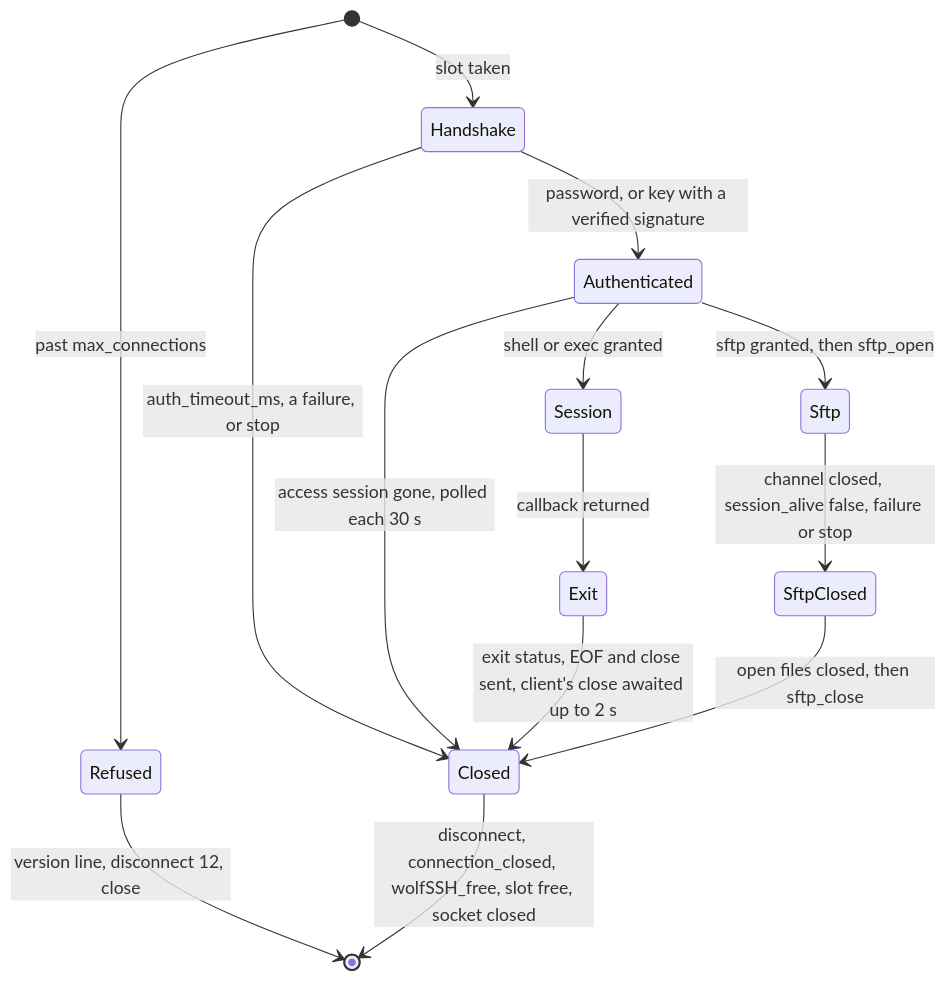
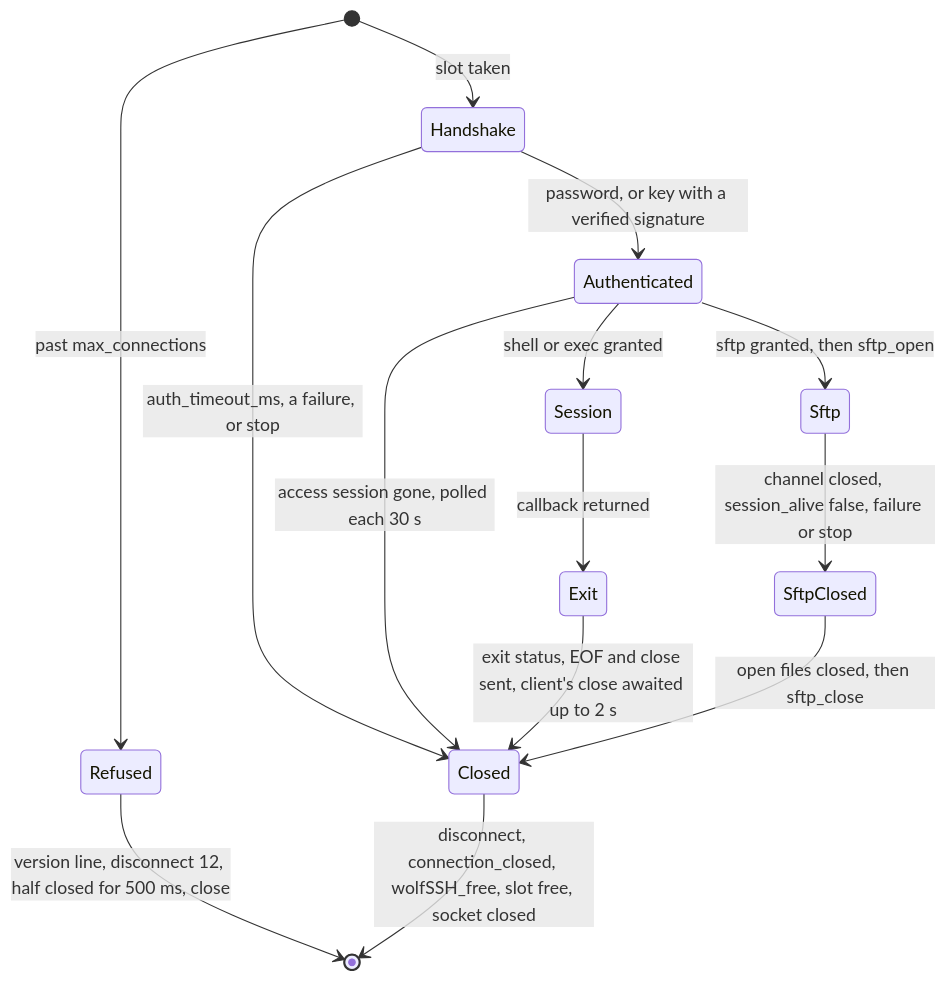
Before and after one commit to wonny-labs/crux-pilot: the second of 2 diagrams in docs/ssh-wolf-provider.md, drawn with Mermaid. The commit also changed other lines of this file and 3 other files, not shown here.

First line of the commit message:
fix(ssh): keep a refused client's disconnect from losing a race

````diff
--- a/docs/ssh-wolf-provider.md
+++ b/docs/ssh-wolf-provider.md
@@ -58,16 +58,16 @@
 ```mermaid
 stateDiagram-v2
     [*] --> Refused: past max_connections
-    Refused --> [*]: version line, disconnect 12, close
+    Refused --> [*]: version line, disconnect 12, half closed for 500 ms, close
     [*] --> Handshake: slot taken
     Handshake --> Closed: auth_timeout_ms, a failure, or stop
     Handshake --> Authenticated: password, or key with a verified signature
     Authenticated --> Closed: access session gone, polled each 30 s
     Authenticated --> Session: shell or exec granted
     Authenticated --> Sftp: sftp granted, then sftp_open
     Session --> Exit: callback returned
     Exit --> Closed: exit status, EOF and close sent, client's close awaited up to 2 s
     Sftp --> SftpClosed: channel closed, session_alive false, failure or stop
     SftpClosed --> Closed: open files closed, then sftp_close
     Closed --> [*]: disconnect, connection_closed, wolfSSH_free, slot free, socket closed
 ```
````
